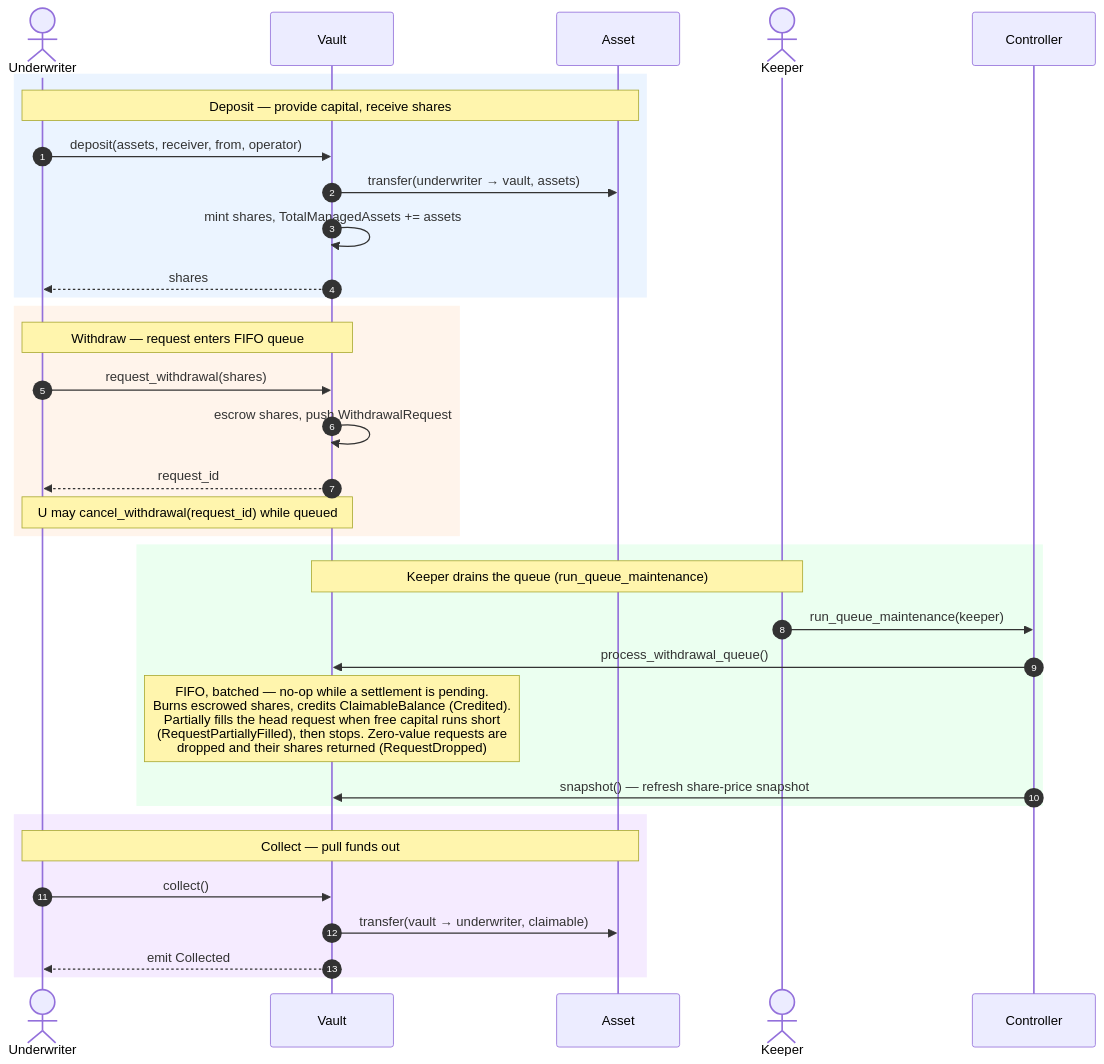
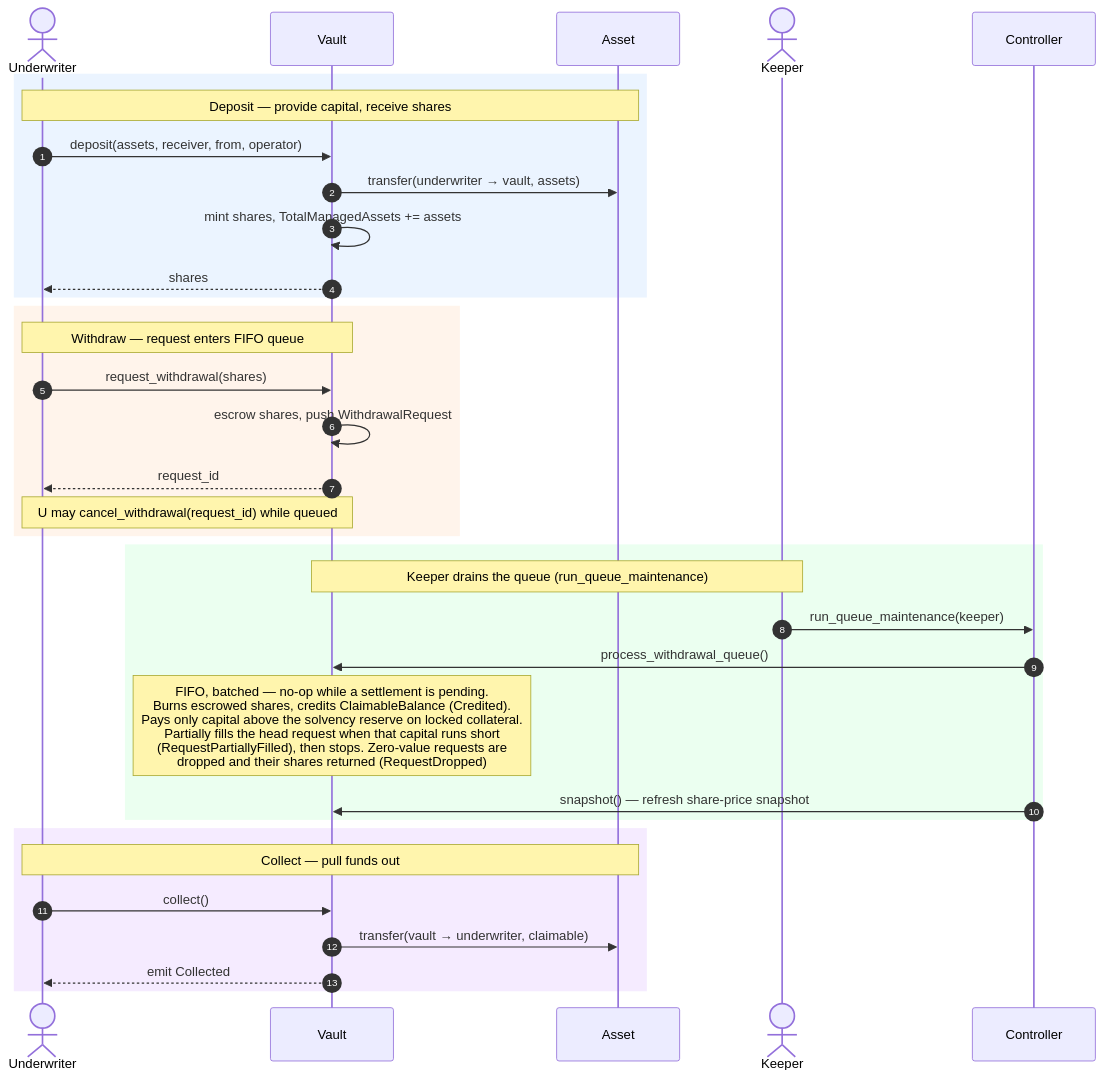
One commit to SentinelFi/sentinel_soroban_v3 changed the fourth of 6 diagrams in sequence_diagrams.md. Above: the diagram before and after it, drawn with Mermaid. The commit also changed other lines of this file and 25 other files, not shown here.

````diff
--- a/sequence_diagrams.md
+++ b/sequence_diagrams.md
@@ -174,40 +179,40 @@
 ```mermaid
 sequenceDiagram
     autonumber
     actor U as Underwriter
     participant Vault as Vault
     participant Asset as Asset
     actor Keeper
     participant Ctrl as Controller
 
     rect rgb(235, 244, 255)
     Note over U,Asset: Deposit — provide capital, receive shares
     U->>Vault: deposit(assets, receiver, from, operator)
     Vault->>Asset: transfer(underwriter → vault, assets)
     Vault->>Vault: mint shares, TotalManagedAssets += assets
     Vault-->>U: shares
     end
 
     rect rgb(255, 244, 235)
     Note over U,Vault: Withdraw — request enters FIFO queue
     U->>Vault: request_withdrawal(shares)
     Vault->>Vault: escrow shares, push WithdrawalRequest
     Vault-->>U: request_id
     Note over U,Vault: U may cancel_withdrawal(request_id) while queued
     end
 
     rect rgb(235, 255, 240)
     Note over Keeper,Vault: Keeper drains the queue (run_queue_maintenance)
     Keeper->>Ctrl: run_queue_maintenance(keeper)
     Ctrl->>Vault: process_withdrawal_queue()
-    Note over Vault: FIFO, batched — no-op while a settlement is pending.<br/>Burns escrowed shares, credits ClaimableBalance (Credited).<br/>Partially fills the head request when free capital runs short<br/>(RequestPartiallyFilled), then stops. Zero-value requests are<br/>dropped and their shares returned (RequestDropped)
+    Note over Vault: FIFO, batched — no-op while a settlement is pending.<br/>Burns escrowed shares, credits ClaimableBalance (Credited).<br/>Pays only capital above the solvency reserve on locked collateral.<br/>Partially fills the head request when that capital runs short<br/>(RequestPartiallyFilled), then stops. Zero-value requests are<br/>dropped and their shares returned (RequestDropped)
     Ctrl->>Vault: snapshot() — refresh share-price snapshot
     end
 
     rect rgb(245, 235, 255)
     Note over U,Asset: Collect — pull funds out
     U->>Vault: collect()
     Vault->>Asset: transfer(vault → underwriter, claimable)
     Vault-->>U: emit Collected
     end
 ```
````
